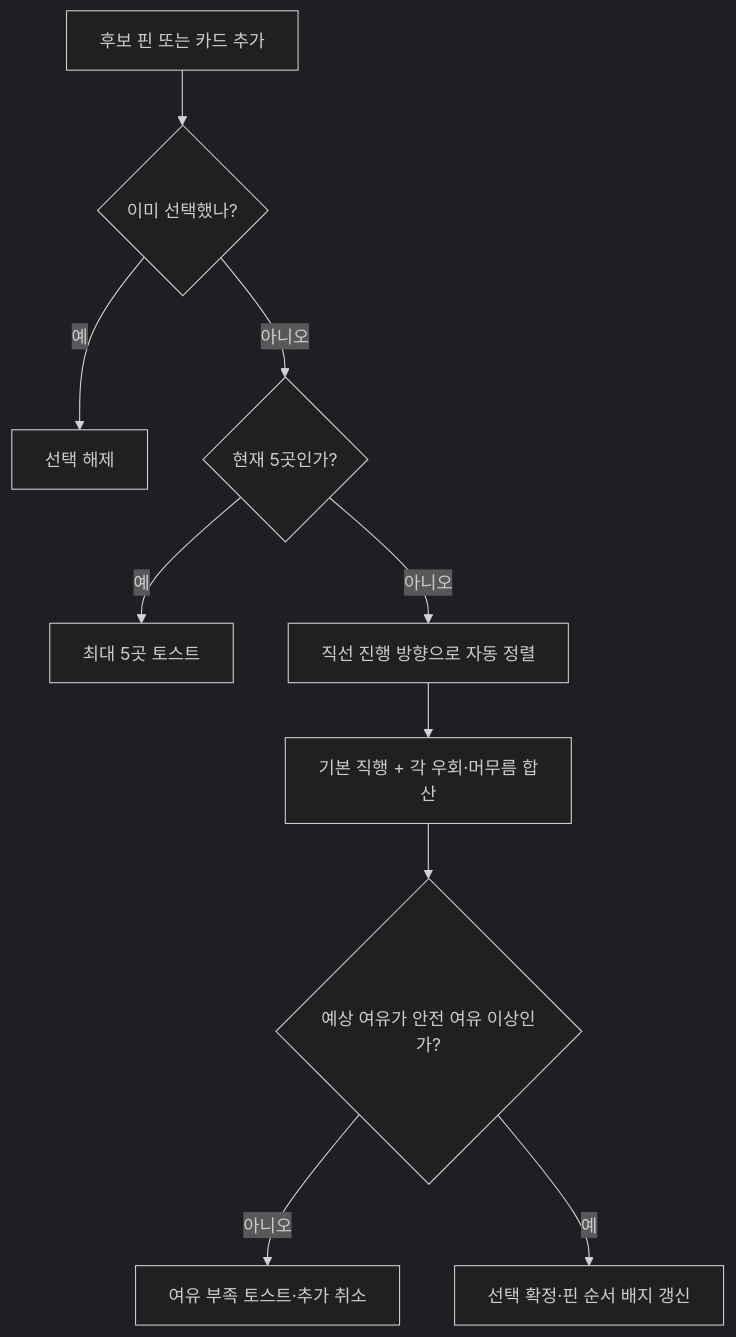
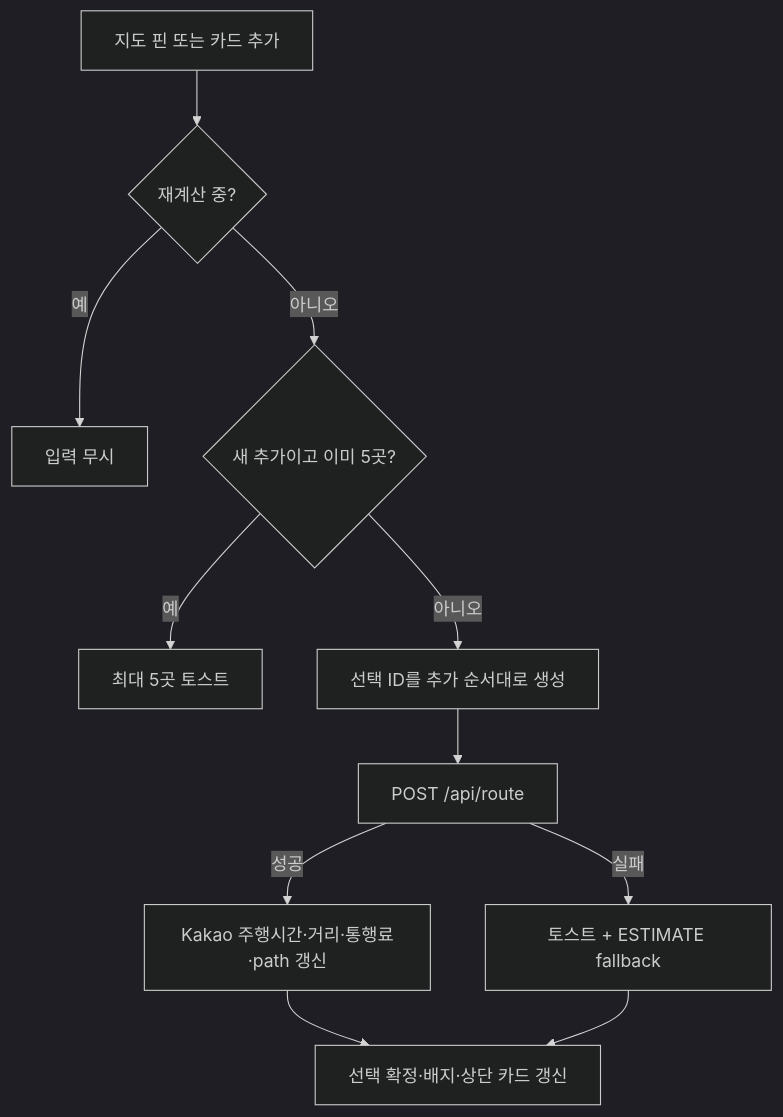
Before and after one commit to Newrred/tteumsae: the fifth of 5 diagrams in docs/04_SCREEN_FLOWS.md, drawn with Mermaid (dark theme). The commit also changed other lines of this file and 21 other files, not shown here.

Commit message:
Implement route discovery flow and discovery tab UI

````diff
--- a/docs/04_SCREEN_FLOWS.md
+++ b/docs/04_SCREEN_FLOWS.md
@@ -320,12 +248,13 @@
 ```mermaid
 flowchart TD
-    A["후보 핀 또는 카드 추가"] --> B{"이미 선택했나?"}
-    B -->|"예"| C["선택 해제"]
-    B -->|"아니오"| D{"현재 5곳인가?"}
-    D -->|"예"| E["최대 5곳 토스트"]
-    D -->|"아니오"| F["직선 진행 방향으로 자동 정렬"]
-    F --> G["기본 직행 + 각 우회·머무름 합산"]
-    G --> H{"예상 여유가 안전 여유 이상인가?"}
-    H -->|"아니오"| I["여유 부족 토스트·추가 취소"]
-    H -->|"예"| J["선택 확정·핀 순서 배지 갱신"]
+    A["지도 핀 또는 카드 추가"] --> B{"재계산 중?"}
+    B -->|"예"| Z["입력 무시"]
+    B -->|"아니오"| C{"새 추가이고 이미 5곳?"}
+    C -->|"예"| D["최대 5곳 토스트"]
+    C -->|"아니오"| E["선택 ID를 추가 순서대로 생성"]
+    E --> F["POST /api/route"]
+    F -->|"성공"| G["Kakao 주행시간·거리·통행료·path 갱신"]
+    F -->|"실패"| H["토스트 + ESTIMATE fallback"]
+    G --> I["선택 확정·배지·상단 카드 갱신"]
+    H --> I
 ```
````
